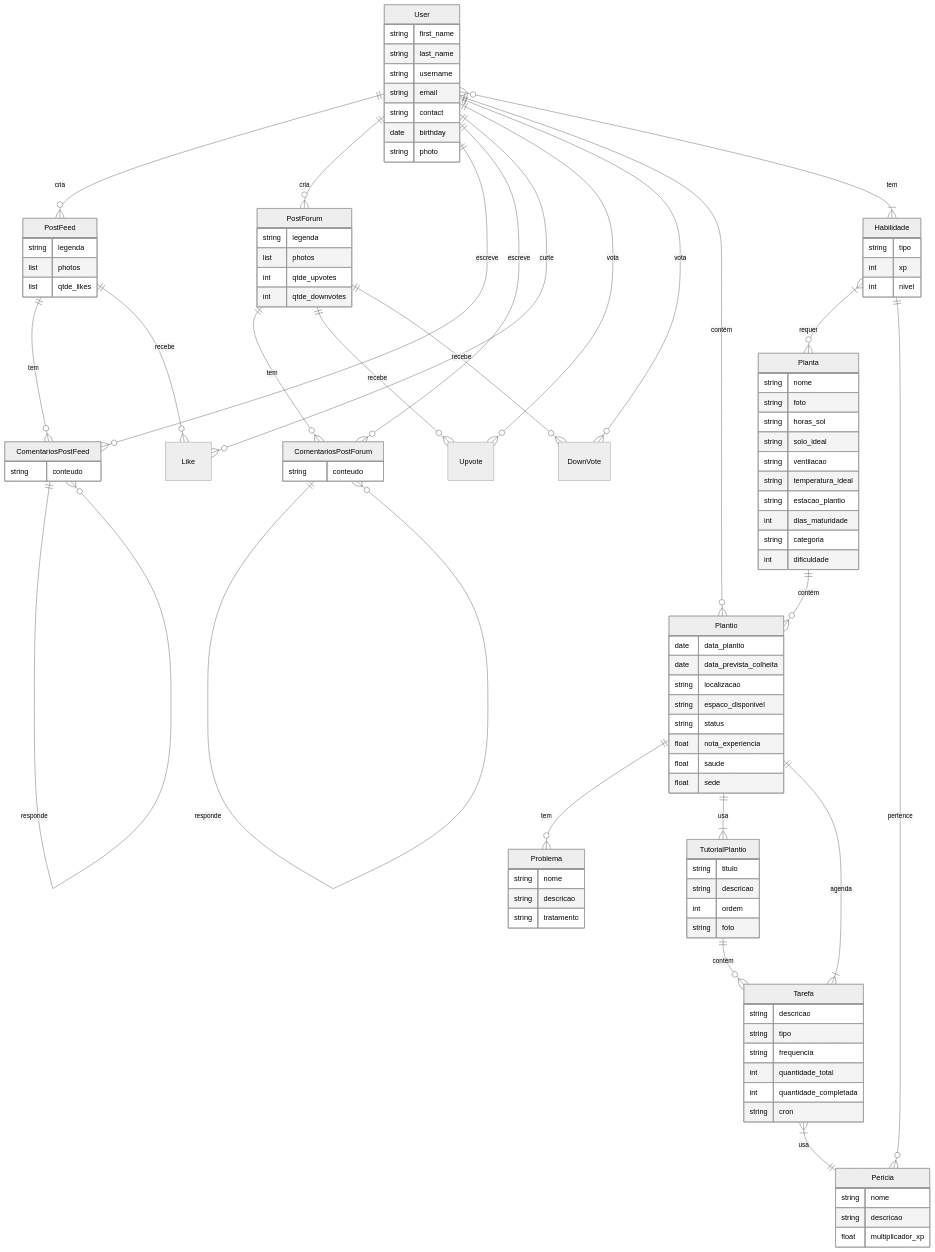
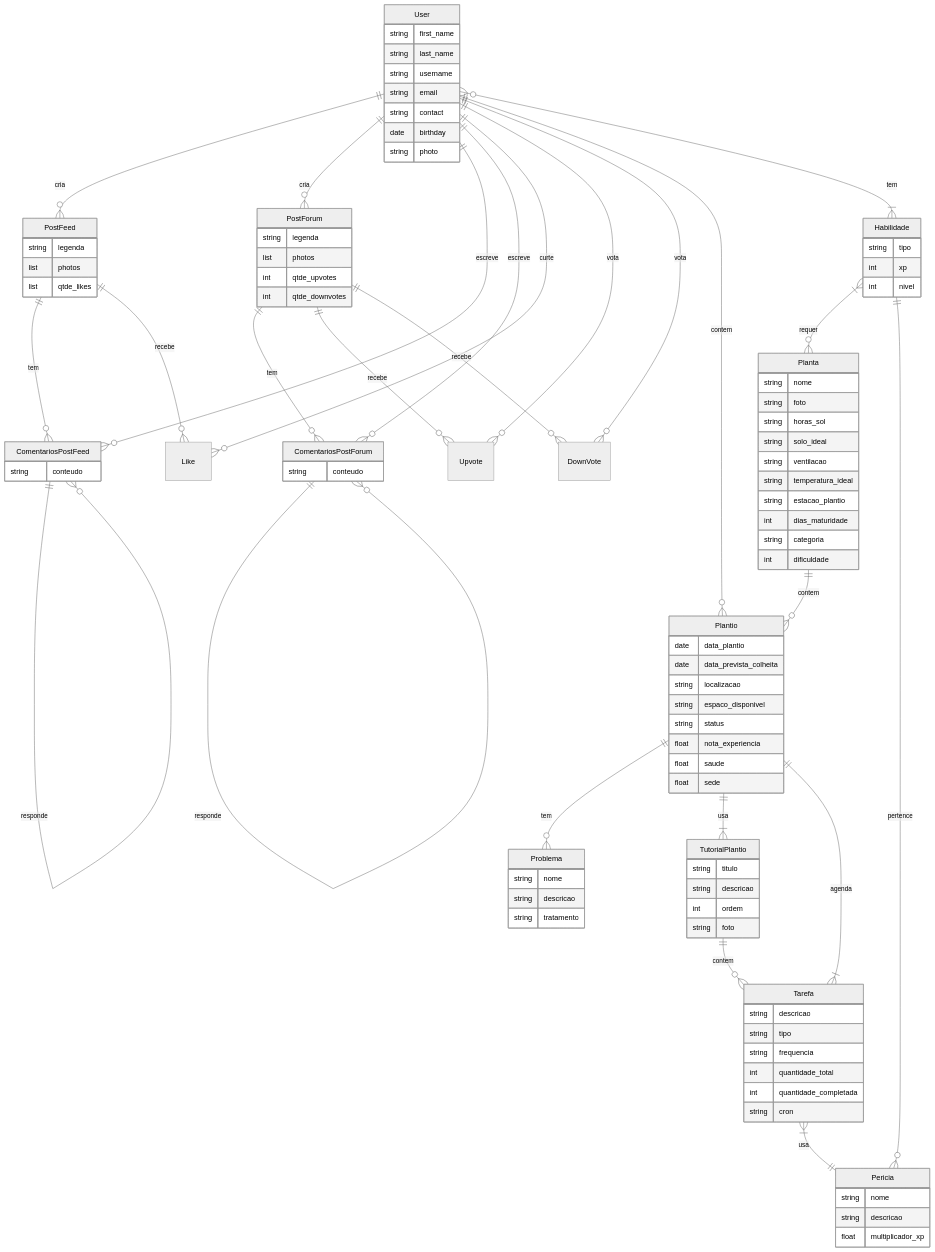
Before and after one commit to Projetos-Faculdade-UCS/plantinhas: the diagram in README.md, drawn with Mermaid (neutral theme).

Commit message:
Update README.md for clarity and formatting

```diff
--- a/README.md
+++ b/README.md
@@ -110,7 +110,7 @@
   User ||--o{ Like : curte
   User ||--o{ Upvote : vota
   User ||--o{ DownVote : vota
-  User ||--o{ Plantio : contém
+  User ||--o{ Plantio : contem
   User }o--|{ Habilidade : tem
 
   ComentariosPostFeed ||--o{ ComentariosPostFeed : responde
@@ -124,13 +124,13 @@
   PostForum ||--o{ Upvote : recebe
   PostForum ||--o{ DownVote : recebe
 
-  Planta ||--o{ Plantio : contém
+  Planta ||--o{ Plantio : contem
 
   Plantio ||--o{ Problema : tem
   Plantio ||--|{ TutorialPlantio : usa
   Plantio ||--|{ Tarefa : agenda
 
-  TutorialPlantio ||--o{ Tarefa : contém
+  TutorialPlantio ||--o{ Tarefa : contem
 
   Tarefa }|--|| Pericia : usa
 
```
